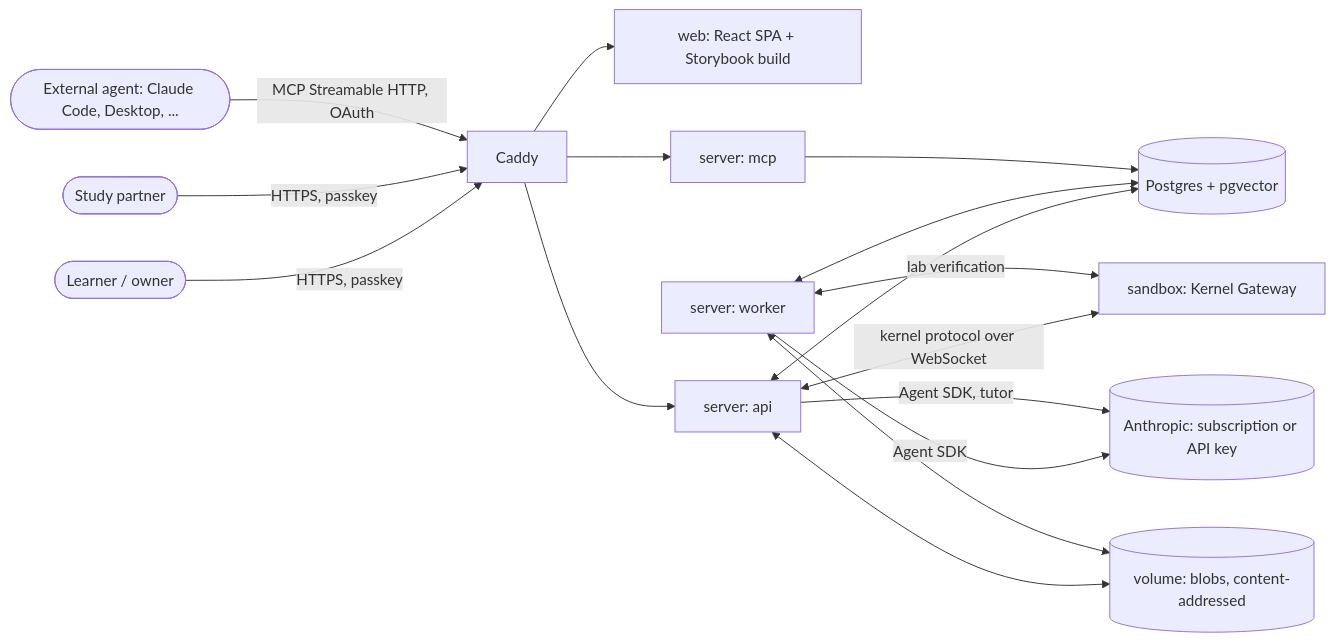
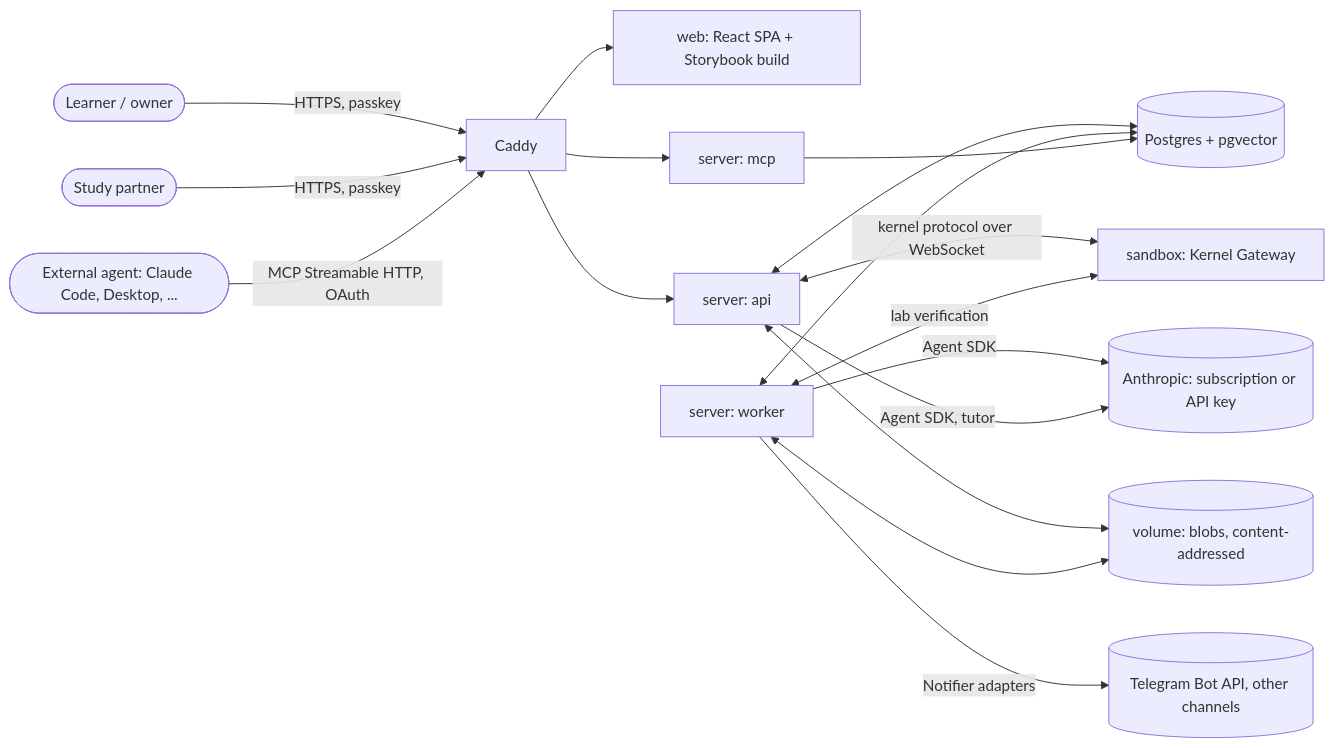
The first of 2 diagrams in docs/architecture.md (m1than/reader-ai), drawn with Mermaid before and after one commit. The commit also changed other lines of this file and 20 other files, not shown here.

First line of the commit message:
docs: owner answers in ADRs, staged roadmap, ADR-0017/0018, tracks

````diff
--- a/docs/architecture.md
+++ b/docs/architecture.md
@@ -9,18 +9,19 @@
 ```mermaid
 flowchart LR
   user([Learner / owner]) -->|HTTPS, passkey| caddy[Caddy]
   peer([Study partner]) -->|HTTPS, passkey| caddy
   agent([External agent: Claude Code, Desktop, ...]) -->|MCP Streamable HTTP, OAuth| caddy
   caddy --> web[web: React SPA + Storybook build]
   caddy --> api[server: api]
   caddy --> mcp[server: mcp]
   api <--> pg[(Postgres + pgvector)]
   worker[server: worker] <--> pg
   mcp --> pg
   api <-->|kernel protocol over WebSocket| kgw[sandbox: Kernel Gateway]
   worker <-->|lab verification| kgw
   worker -->|Agent SDK| claude[(Anthropic: subscription or API key)]
+  worker -->|Notifier adapters| tg[(Telegram Bot API, other channels)]
   api -->|Agent SDK, tutor| claude
   api <--> blobs[(volume: blobs, content-addressed)]
   worker <--> blobs
 ```
````
